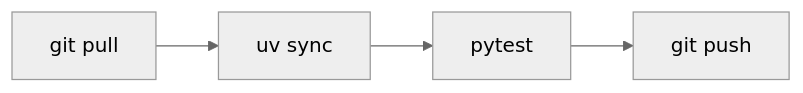
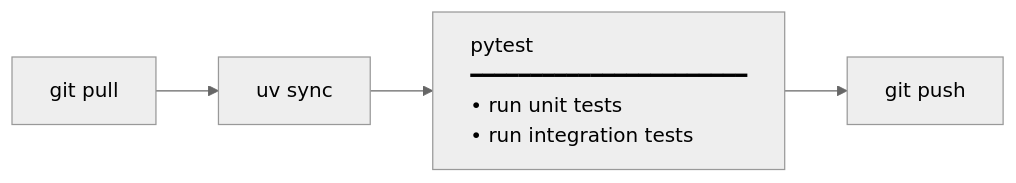
The diagram in loom-workflow/skills/loom-visualization/templates/02-linear-steps.md (kouko/loom-plugins), drawn with Mermaid (neutral theme) before and after one commit. The commit also changed other lines of this file and 38 other files, not shown here.

````diff
--- a/loom-workflow/skills/loom-visualization/templates/02-linear-steps.md
+++ b/loom-workflow/skills/loom-visualization/templates/02-linear-steps.md
@@ -57,4 +60,4 @@
 ```mermaid
 flowchart LR
-    A["git pull"] --> B["uv sync"] --> C["pytest"] --> D["git push"]
+    A["git pull"] --> B["uv sync"] --> C[<div style='text-align:left'>pytest<br/>━━━━━━━━━━━━━━━━━━━━━━━<br/>• run unit tests<br/>• run integration tests</div>] --> D["git push"]
 ```
````
